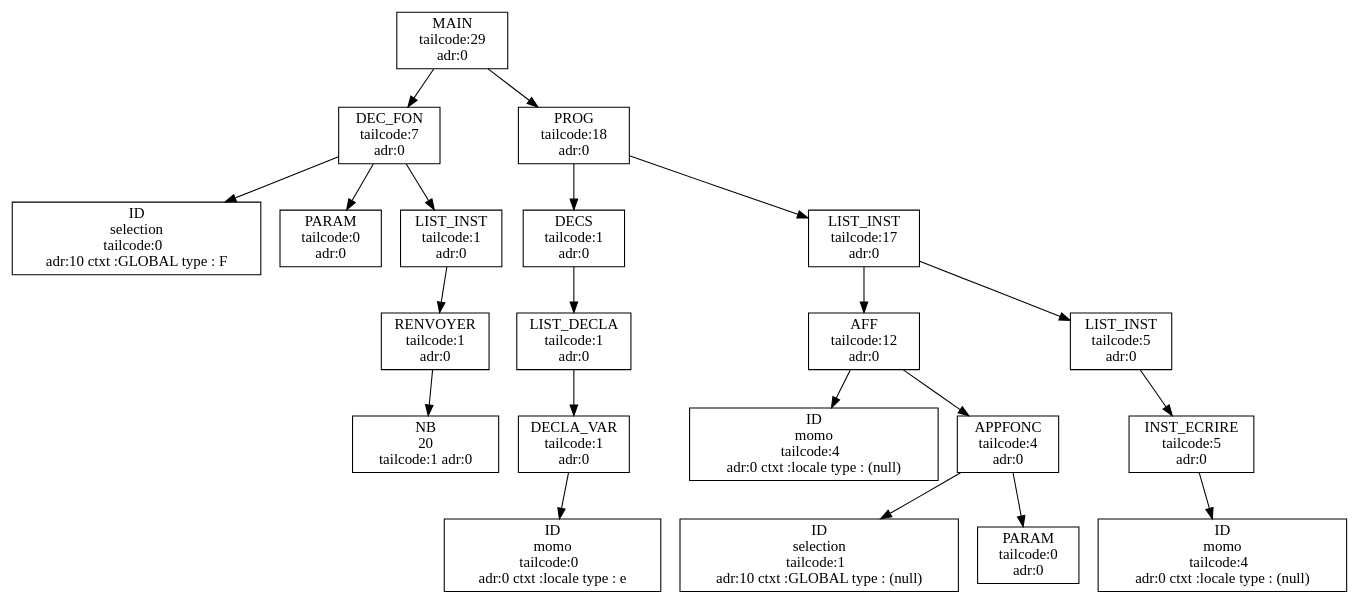
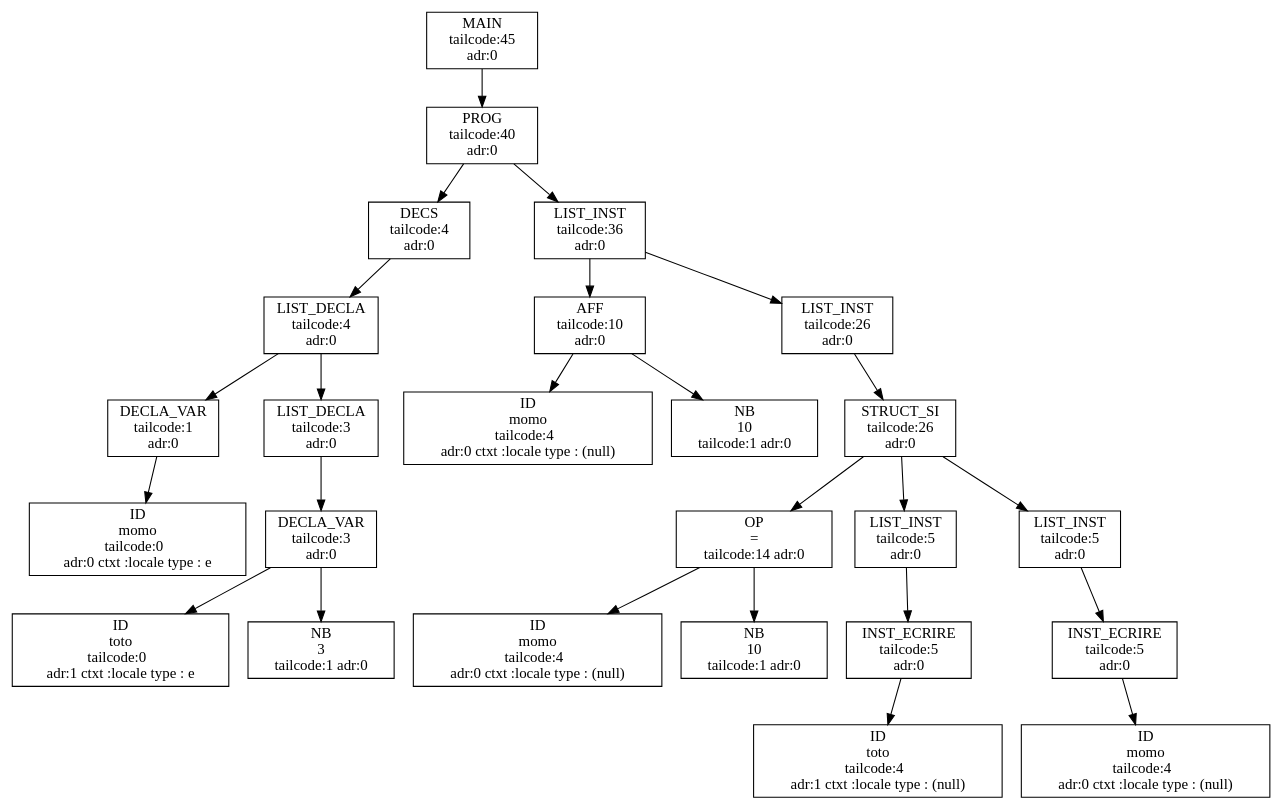
Before and after one commit to aswailem195/Projet-ARC--Algo-RAM-Compiler--20231213: the diagram in out/output.dot, drawn with Graphviz. The commit also changed 14 other files, not shown here.

```diff
--- a/out/output.dot
+++ b/out/output.dot
@@ -1,84 +1,97 @@
 digraph ASA {
-node0x5571616c9d30 [label="MAIN
- tailcode:29 
+node0x56480e128e70 [label="MAIN
+ tailcode:45 
  adr:0 \n", shape=box];
-node0x5571616c9d30 -> node0x5571616c9830;
-node0x5571616c9830 [label="DEC_FON
- tailcode:7 
+node0x56480e128e70 -> node0x56480e128e20;
+node0x56480e128e20 [label="PROG
+ tailcode:40 
  adr:0 \n", shape=box];
-node0x5571616c9830 -> node0x5571616c9880;
-node0x5571616c9880 [label="ID\nselection
- tailcode:0  
- adr:10 ctxt :GLOBAL type : F \n", shape=box];
-node0x5571616c9830 -> node0x5571616c96f0;
-node0x5571616c96f0 [label="PARAM
- tailcode:0 
+node0x56480e128e20 -> node0x56480e128920;
+node0x56480e128920 [label="DECS
+ tailcode:4 
  adr:0 \n", shape=box];
-node0x5571616c9830 -> node0x5571616c97e0;
-node0x5571616c97e0 [label="LIST_INST
+node0x56480e128920 -> node0x56480e1288d0;
+node0x56480e1288d0 [label="LIST_DECLA
+ tailcode:4 
+ adr:0 \n", shape=box];
+node0x56480e1288d0 -> node0x56480e1286f0;
+node0x56480e1286f0 [label="DECLA_VAR
  tailcode:1 
  adr:0 \n", shape=box];
-node0x5571616c97e0 -> node0x5571616c9790;
-node0x5571616c9790 [label="RENVOYER
- tailcode:1 
- adr:0 \n", shape=box];
-node0x5571616c9790 -> node0x5571616c9740;
-node0x5571616c9740 [label="NB\n20 
- tailcode:1 adr:0 \n", shape=box];
-node0x5571616c9d30 -> node0x5571616c9ce0;
-node0x5571616c9ce0 [label="PROG
- tailcode:18 
- adr:0 \n", shape=box];
-node0x5571616c9ce0 -> node0x5571616c99c0;
-node0x5571616c99c0 [label="DECS
- tailcode:1 
- adr:0 \n", shape=box];
-node0x5571616c99c0 -> node0x5571616c9970;
-node0x5571616c9970 [label="LIST_DECLA
- tailcode:1 
- adr:0 \n", shape=box];
-node0x5571616c9970 -> node0x5571616c98d0;
-node0x5571616c98d0 [label="DECLA_VAR
- tailcode:1 
- adr:0 \n", shape=box];
-node0x5571616c98d0 -> node0x5571616c9920;
-node0x5571616c9920 [label="ID\nmomo
+node0x56480e1286f0 -> node0x56480e128740;
+node0x56480e128740 [label="ID\nmomo
  tailcode:0  
  adr:0 ctxt :locale type : e \n", shape=box];
-node0x5571616c9ce0 -> node0x5571616c9c90;
-node0x5571616c9c90 [label="LIST_INST
- tailcode:17 
+node0x56480e1288d0 -> node0x56480e128880;
+node0x56480e128880 [label="LIST_DECLA
+ tailcode:3 
  adr:0 \n", shape=box];
-node0x5571616c9c90 -> node0x5571616c9b00;
-node0x5571616c9b00 [label="AFF
- tailcode:12 
+node0x56480e128880 -> node0x56480e1287e0;
+node0x56480e1287e0 [label="DECLA_VAR
+ tailcode:3 
  adr:0 \n", shape=box];
-node0x5571616c9b00 -> node0x5571616c9b50;
-node0x5571616c9b50 [label="ID\nmomo
+node0x56480e1287e0 -> node0x56480e128830;
+node0x56480e128830 [label="ID\ntoto
+ tailcode:0  
+ adr:1 ctxt :locale type : e \n", shape=box];
+node0x56480e1287e0 -> node0x56480e128790;
+node0x56480e128790 [label="NB\n3 
+ tailcode:1 adr:0 \n", shape=box];
+node0x56480e128e20 -> node0x56480e128dd0;
+node0x56480e128dd0 [label="LIST_INST
+ tailcode:36 
+ adr:0 \n", shape=box];
+node0x56480e128dd0 -> node0x56480e1289c0;
+node0x56480e1289c0 [label="AFF
+ tailcode:10 
+ adr:0 \n", shape=box];
+node0x56480e1289c0 -> node0x56480e128a10;
+node0x56480e128a10 [label="ID\nmomo
  tailcode:4  
  adr:0 ctxt :locale type : (null) \n", shape=box];
-node0x5571616c9b00 -> node0x5571616c9a60;
-node0x5571616c9a60 [label="APPFONC
- tailcode:4 
+node0x56480e1289c0 -> node0x56480e128970;
+node0x56480e128970 [label="NB\n10 
+ tailcode:1 adr:0 \n", shape=box];
+node0x56480e128dd0 -> node0x56480e128d80;
+node0x56480e128d80 [label="LIST_INST
+ tailcode:26 
  adr:0 \n", shape=box];
-node0x5571616c9a60 -> node0x5571616c9ab0;
-node0x5571616c9ab0 [label="ID\nselection
- tailcode:1  
- adr:10 ctxt :GLOBAL type : (null) \n", shape=box];
-node0x5571616c9a60 -> node0x5571616c9a10;
-node0x5571616c9a10 [label="PARAM
- tailcode:0 
+node0x56480e128d80 -> node0x56480e128d30;
+node0x56480e128d30 [label="STRUCT_SI
+ tailcode:26 
  adr:0 \n", shape=box];
-node0x5571616c9c90 -> node0x5571616c9c40;
-node0x5571616c9c40 [label="LIST_INST
+node0x56480e128d30 -> node0x56480e128b00;
+node0x56480e128b00 [label="OP\n= 
+ tailcode:14 adr:0 \n", shape=box];
+node0x56480e128b00 -> node0x56480e128a60;
+node0x56480e128a60 [label="ID\nmomo
+ tailcode:4  
+ adr:0 ctxt :locale type : (null) \n", shape=box];
+node0x56480e128b00 -> node0x56480e128ab0;
+node0x56480e128ab0 [label="NB\n10 
+ tailcode:1 adr:0 \n", shape=box];
+node0x56480e128d30 -> node0x56480e128bf0;
+node0x56480e128bf0 [label="LIST_INST
  tailcode:5 
  adr:0 \n", shape=box];
-node0x5571616c9c40 -> node0x5571616c9bf0;
-node0x5571616c9bf0 [label="INST_ECRIRE
+node0x56480e128bf0 -> node0x56480e128ba0;
+node0x56480e128ba0 [label="INST_ECRIRE
  tailcode:5 
  adr:0 \n", shape=box];
-node0x5571616c9bf0 -> node0x5571616c9ba0;
-node0x5571616c9ba0 [label="ID\nmomo
+node0x56480e128ba0 -> node0x56480e128b50;
+node0x56480e128b50 [label="ID\ntoto
+ tailcode:4  
+ adr:1 ctxt :locale type : (null) \n", shape=box];
+node0x56480e128d30 -> node0x56480e128ce0;
+node0x56480e128ce0 [label="LIST_INST
+ tailcode:5 
+ adr:0 \n", shape=box];
+node0x56480e128ce0 -> node0x56480e128c90;
+node0x56480e128c90 [label="INST_ECRIRE
+ tailcode:5 
+ adr:0 \n", shape=box];
+node0x56480e128c90 -> node0x56480e128c40;
+node0x56480e128c40 [label="ID\nmomo
  tailcode:4  
  adr:0 ctxt :locale type : (null) \n", shape=box];
 }
```
